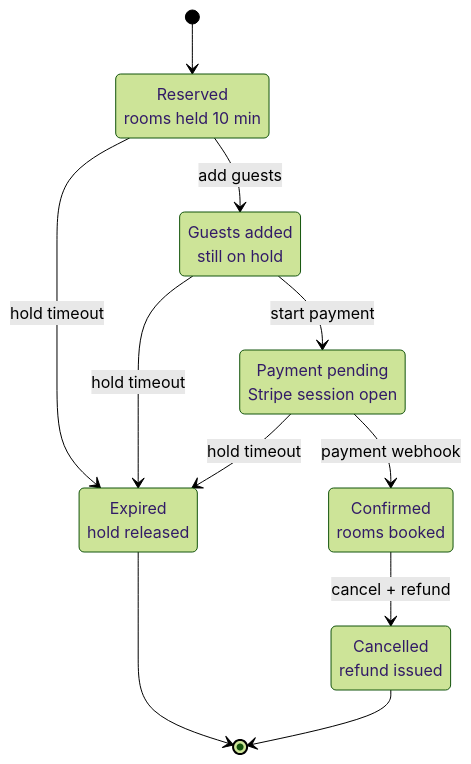
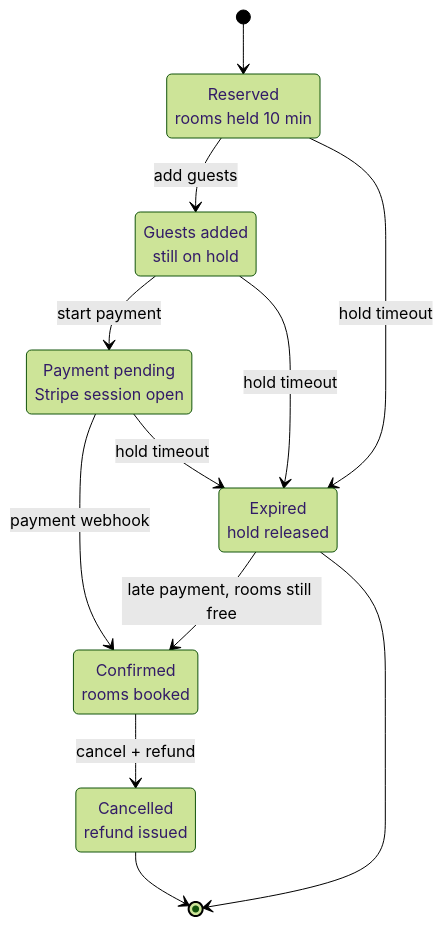
Before and after one commit to gauravgondane26/roomkeeper: the diagram in docs/Hotel Booking Backend Project Design.md, drawn with Mermaid (forest theme). The commit also changed other lines of this file and 20 other files, not shown here.

````diff
--- a/docs/Hotel Booking Backend Project Design.md
+++ b/docs/Hotel Booking Backend Project Design.md
@@ -102,20 +102,21 @@
 ```mermaid
 stateDiagram-v2
     state "Reserved<br/>rooms held 10 min" as Reserved
     state "Guests added<br/>still on hold" as GuestsAdded
     state "Payment pending<br/>Stripe session open" as PaymentPending
     state "Confirmed<br/>rooms booked" as Confirmed
     state "Expired<br/>hold released" as Expired
     state "Cancelled<br/>refund issued" as Cancelled
 
     [*] --> Reserved
     Reserved --> GuestsAdded: add guests
     GuestsAdded --> PaymentPending: start payment
     PaymentPending --> Confirmed: payment webhook
     Reserved --> Expired: hold timeout
     GuestsAdded --> Expired: hold timeout
     PaymentPending --> Expired: hold timeout
+    Expired --> Confirmed: late payment, rooms still free
     Confirmed --> Cancelled: cancel + refund
     Expired --> [*]
     Cancelled --> [*]
 ```
````
